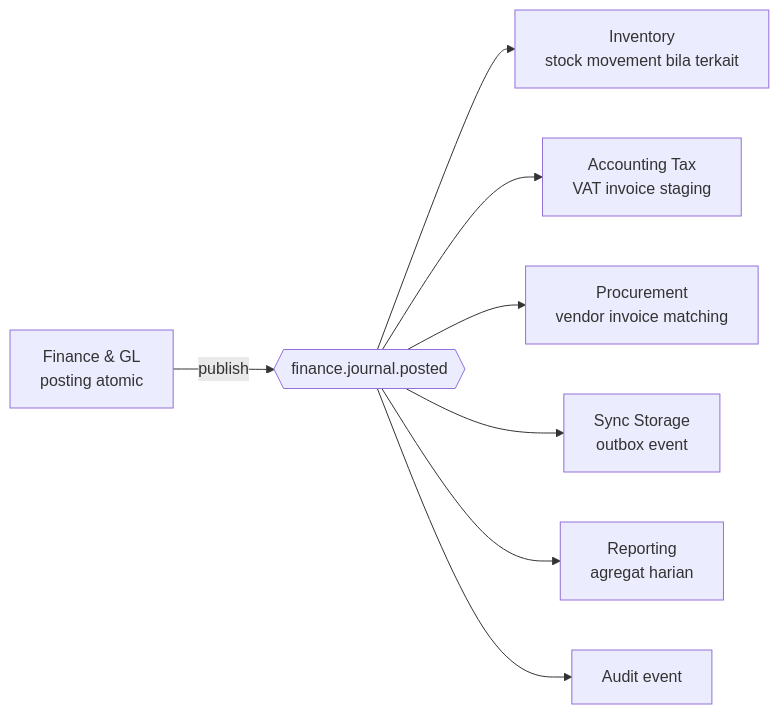
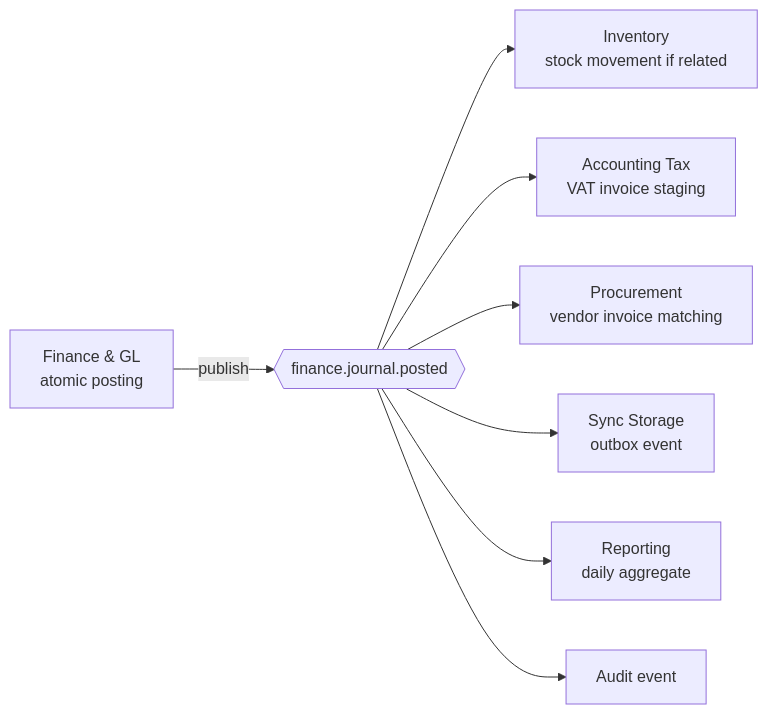
One commit to ahliweb/awcms changed the second of 2 diagrams in docs/awcms/05_openapi_asyncapi_detail.md. Above: the diagram before and after it, drawn with Mermaid. The commit also changed other lines of this file and 603 other files, not shown here.

````diff
--- a/docs/awcms/05_openapi_asyncapi_detail.md
+++ b/docs/awcms/05_openapi_asyncapi_detail.md
@@ -329,10 +331,10 @@
 ```mermaid
 flowchart LR
-  FIN[Finance & GL<br/>posting atomic] -->|publish| EVT{{finance.journal.posted}}
-  EVT --> INV[Inventory<br/>stock movement bila terkait]
+  FIN[Finance & GL<br/>atomic posting] -->|publish| EVT{{finance.journal.posted}}
+  EVT --> INV[Inventory<br/>stock movement if related]
   EVT --> TAX[Accounting Tax<br/>VAT invoice staging]
   EVT --> PROC[Procurement<br/>vendor invoice matching]
   EVT --> SYNC[Sync Storage<br/>outbox event]
-  EVT --> RPT[Reporting<br/>agregat harian]
+  EVT --> RPT[Reporting<br/>daily aggregate]
   EVT --> AUD[Audit event]
 ```
````
